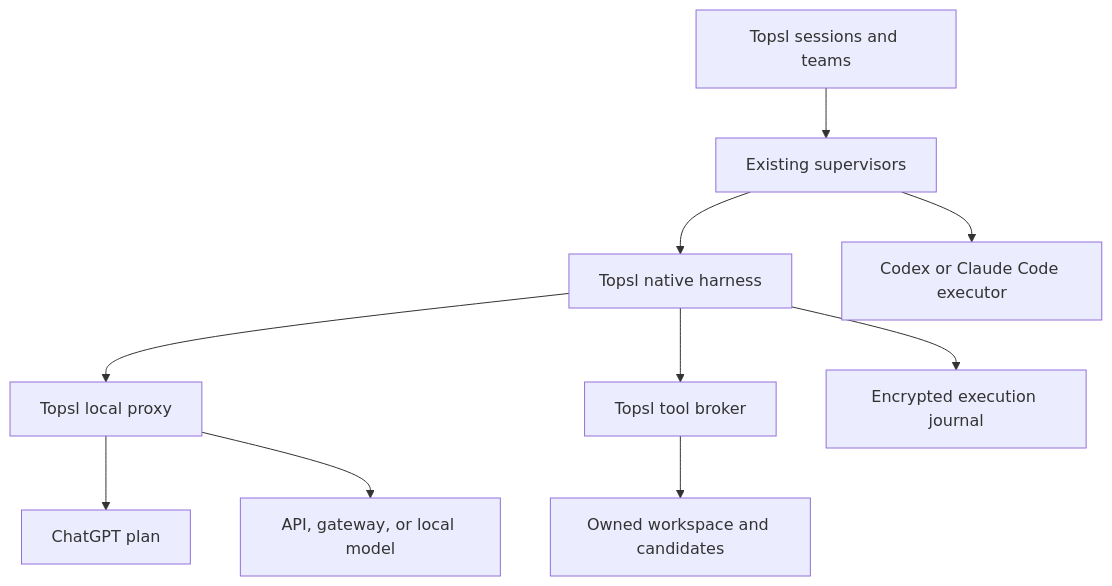
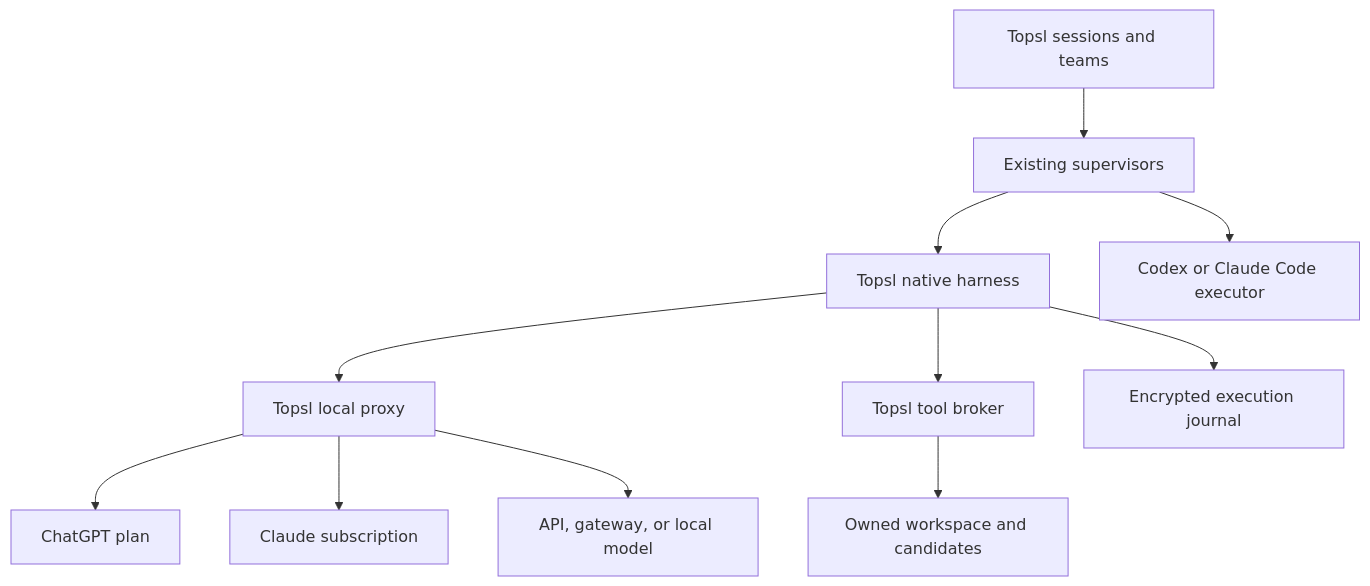
One commit to Piore-Galore/Topsl changed the diagram in docs/Native_Harness_Plan.md. Above: the diagram before and after it, drawn with Mermaid. The commit also changed other lines of this file and 25 other files, not shown here.

First line of the commit message:
Add the experimental Claude plan connection and complete proxy follow-ups

````diff
--- a/docs/Native_Harness_Plan.md
+++ b/docs/Native_Harness_Plan.md
@@ -50,12 +58,13 @@
 ```mermaid
 flowchart TD
     UI[Topsl sessions and teams] --> SUP[Existing supervisors]
     SUP --> HARNESS[Topsl native harness]
     SUP --> VENDOR[Codex or Claude Code executor]
     HARNESS --> PROXY[Topsl local proxy]
     HARNESS --> TOOLS[Topsl tool broker]
     PROXY --> GPT[ChatGPT plan]
+    PROXY --> CLAUDE[Claude subscription]
     PROXY --> OTHER[API, gateway, or local model]
     TOOLS --> WORK[Owned workspace and candidates]
     HARNESS --> JOURNAL[Encrypted execution journal]
 ```
````
